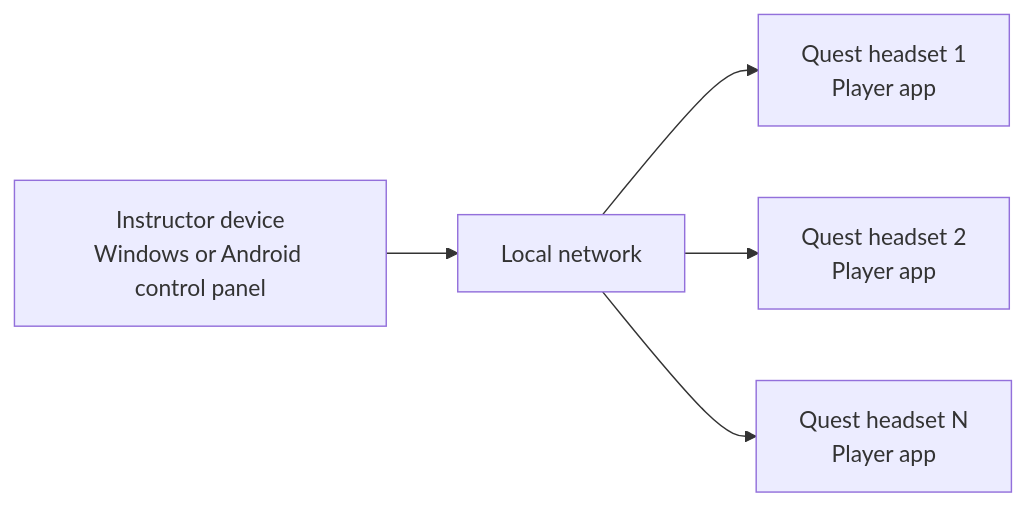
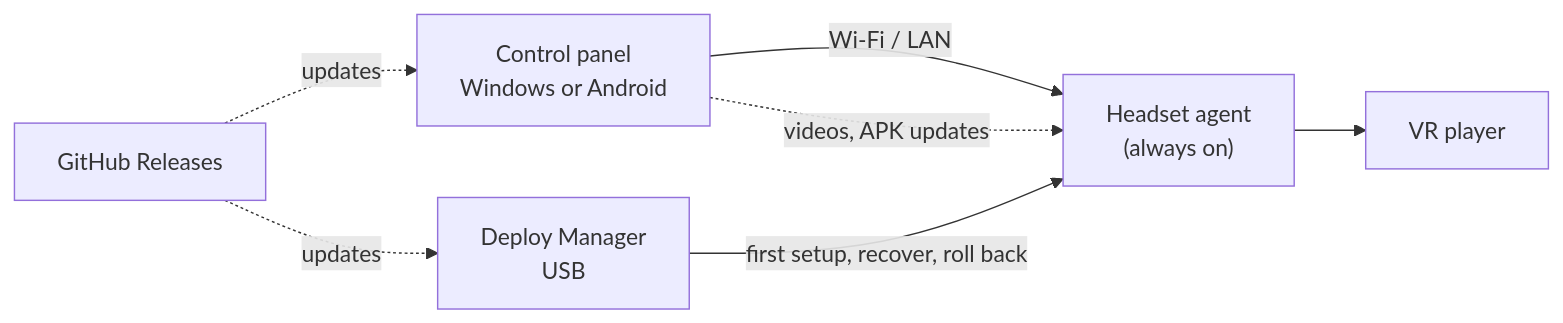
Before and after one commit to Chikanut/VR-Group-Videoplayer: the diagram in README.md, drawn with Mermaid. The commit also changed other lines of this file and 97 other files, not shown here.

First line of the commit message:
UPD: VR Classroom 2.0.0 - new design, updates from GitHub, roll back

````diff
--- a/README.md
+++ b/README.md
@@ -46,7 +97,9 @@
 ```mermaid
 flowchart LR
-    A["Instructor device<br/>Windows or Android control panel"] --> B["Local network"]
-    B --> C["Quest headset 1<br/>Player app"]
-    B --> D["Quest headset 2<br/>Player app"]
-    B --> E["Quest headset N<br/>Player app"]
+    A["Control panel<br/>Windows or Android"] -- "Wi-Fi / LAN" --> B["Headset agent<br/>(always on)"]
+    B --> C["VR player"]
+    A -. "videos, APK updates" .-> B
+    D["Deploy Manager<br/>USB"] -- "first setup, recover, roll back" --> B
+    E["GitHub Releases"] -. "updates" .-> A
+    E -. "updates" .-> D
 ```
````
